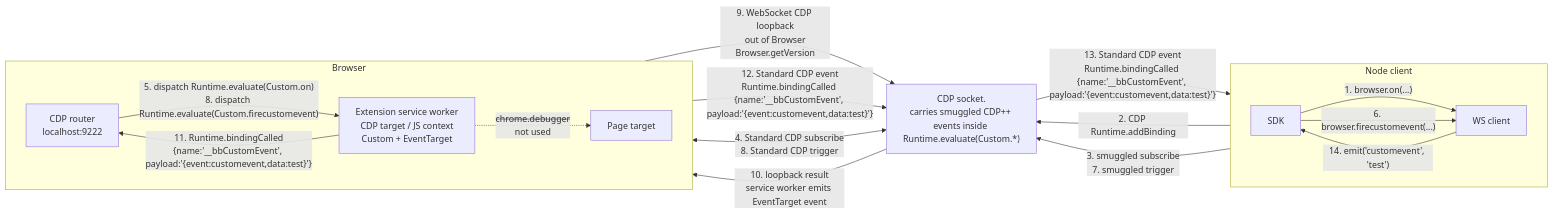
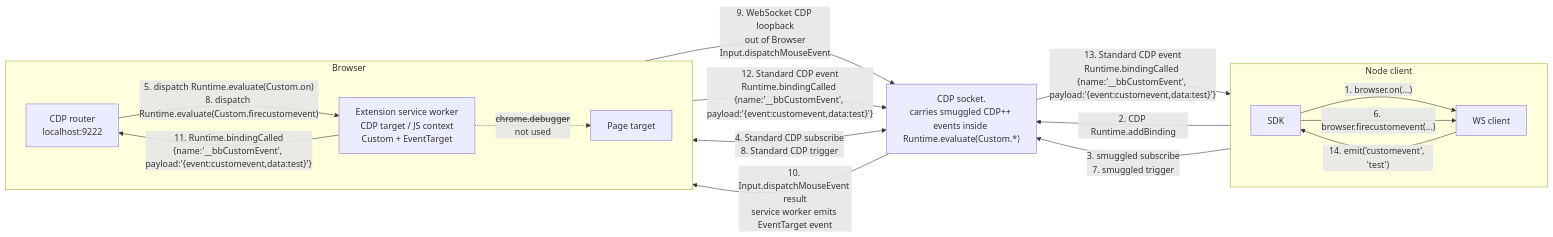
The fourth of 4 diagrams in README.md (pirate/chrome-cdp-extension-bridge), drawn with Mermaid before and after one commit. The commit also changed other lines of this file, not shown here.

````diff
--- a/README.md
+++ b/README.md
@@ -134,31 +134,31 @@
 ```mermaid
 flowchart LR
   subgraph Node["Node client"]
     direction LR
     SDK["SDK"]
     WS["WS client"]
     SDK -->|"1. browser.on(...)"| WS
     SDK -->|"6. browser.firecustomevent(...)"| WS
   end
 
   subgraph Browser["Browser"]
     direction LR
     CDP["CDP router<br/>localhost:9222"]
     SW["Extension service worker<br/>CDP target / JS context<br/>Custom + EventTarget"]
     Page["Page target"]
     CDP -->|"5. dispatch Runtime.evaluate(Custom.on)<br/>8. dispatch Runtime.evaluate(Custom.firecustomevent)"| SW
     SW -. "<s>chrome.debugger</s><br/>not used" .-> Page
   end
 
   Socket["CDP socket.<br/>carries smuggled CDP++ events inside Runtime.evaluate(Custom.*)"]
 
   WS -->|"2. CDP Runtime.addBinding"| Socket
   WS -->|"3. smuggled subscribe<br/>7. smuggled trigger"| Socket
   Socket <-->|"4. Standard CDP subscribe<br/>8. Standard CDP trigger"| CDP
-  SW -->|"9. WebSocket CDP loopback<br/>out of Browser<br/>Browser.getVersion"| Socket
-  Socket -->|"10. loopback result<br/>service worker emits EventTarget event"| SW
+  SW -->|"9. WebSocket CDP loopback<br/>out of Browser<br/>Input.dispatchMouseEvent"| Socket
+  Socket -->|"10. Input.dispatchMouseEvent result<br/>service worker emits EventTarget event"| SW
   SW -->|"11. Runtime.bindingCalled<br/>{name:'__bbCustomEvent', payload:'{event:customevent,data:test}'}"| CDP
   CDP -->|"12. Standard CDP event<br/>Runtime.bindingCalled {name:'__bbCustomEvent', payload:'{event:customevent,data:test}'}"| Socket
   Socket -->|"13. Standard CDP event<br/>Runtime.bindingCalled {name:'__bbCustomEvent', payload:'{event:customevent,data:test}'}"| WS
   WS -->|"14. emit('customevent', 'test')"| SDK
 ```
````
